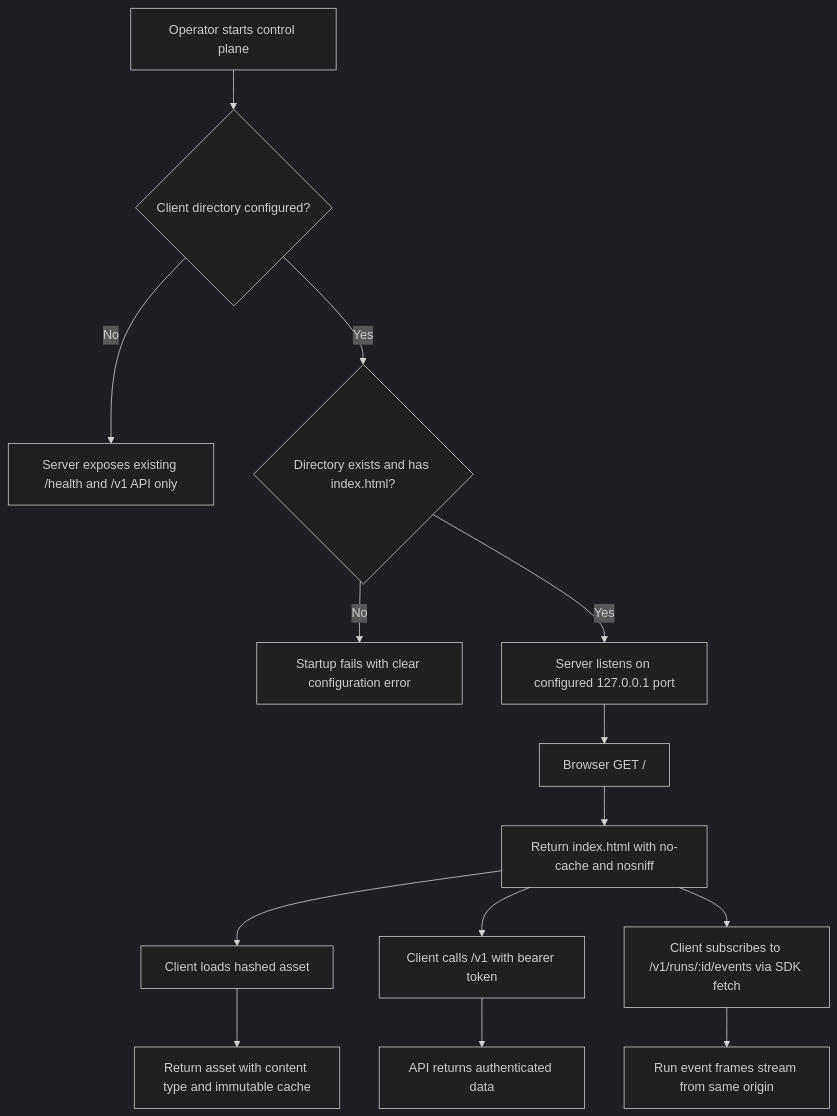
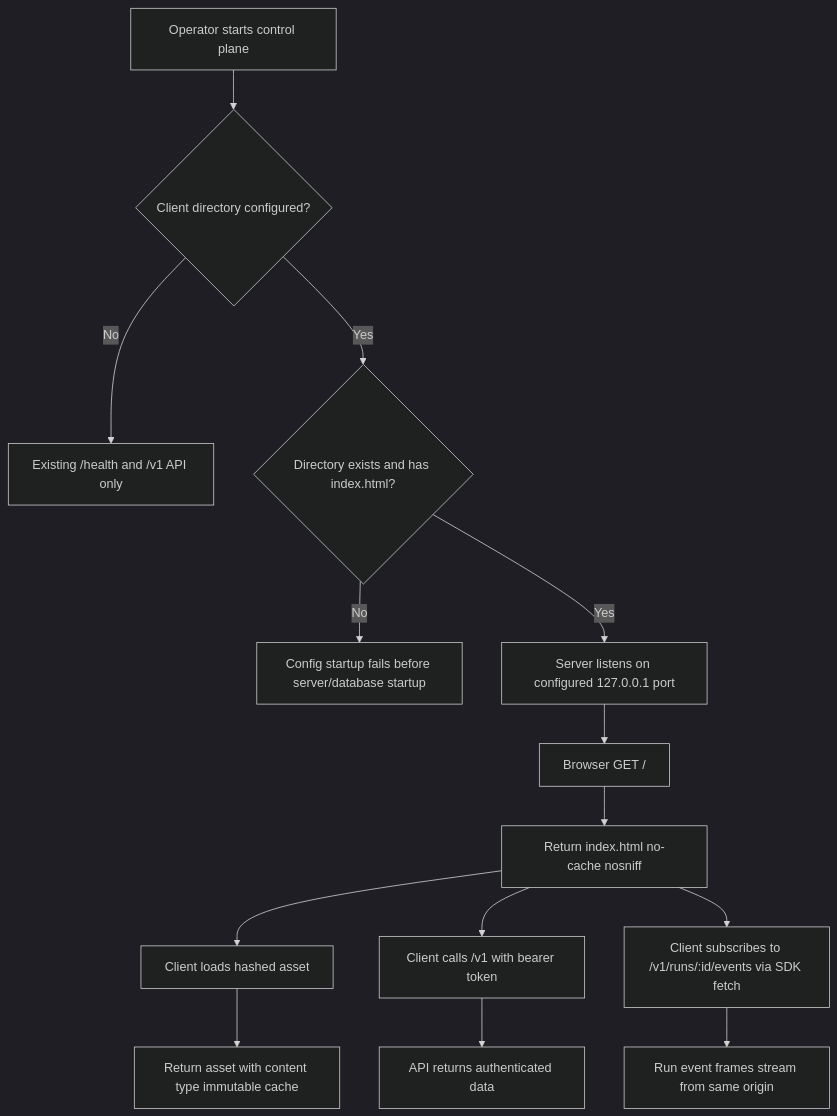
One commit to markdstafford/autocatalyst changed the first of 4 diagrams in context-human/specs/feature-control-plane-serves-built-client-event-stream.md. Above: the diagram before and after it, drawn with Mermaid (dark theme). The commit also changed other lines of this file, not shown here.

````diff
--- a/context-human/specs/feature-control-plane-serves-built-client-event-stream.md
+++ b/context-human/specs/feature-control-plane-serves-built-client-event-stream.md
@@ -84,16 +84,16 @@
 ```mermaid
 graph TD
     A[Operator starts control plane] --> B{Client directory configured?}
-    B -- No --> C[Server exposes existing /health and /v1 API only]
+    B -- No --> C[Existing /health and /v1 API only]
     B -- Yes --> D{Directory exists and has index.html?}
-    D -- No --> E[Startup fails with clear configuration error]
+    D -- No --> E[Config startup fails before server/database startup]
     D -- Yes --> F[Server listens on configured 127.0.0.1 port]
     F --> G[Browser GET /]
-    G --> H[Return index.html with no-cache and nosniff]
+    G --> H[Return index.html no-cache nosniff]
     H --> I[Client loads hashed asset]
-    I --> J[Return asset with content type and immutable cache]
+    I --> J[Return asset with content type immutable cache]
     H --> K[Client calls /v1 with bearer token]
     K --> L[API returns authenticated data]
     H --> M[Client subscribes to /v1/runs/:id/events via SDK fetch]
     M --> N[Run event frames stream from same origin]
 ```
````
